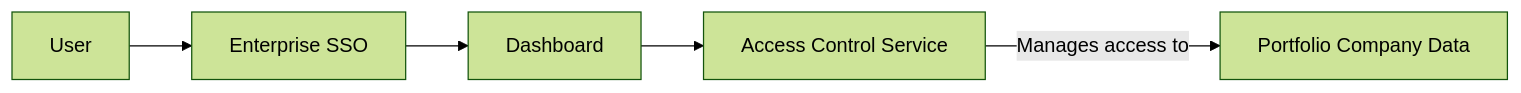
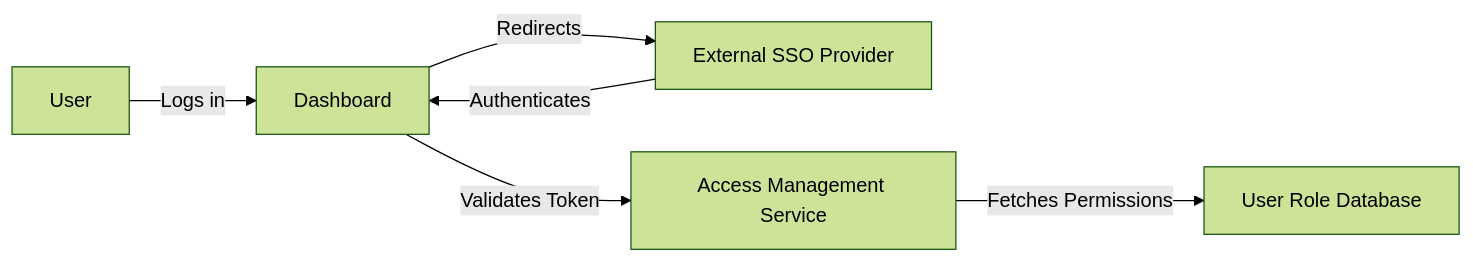
One commit to Davamani-git/APB_Demo changed the diagram in HLD/QE-3970_HLD.md. Above: the diagram before and after it, drawn with Mermaid (forest theme). The commit also changed other lines of this file and 3 other files, not shown here.

````diff
--- a/HLD/QE-3970_HLD.md
+++ b/HLD/QE-3970_HLD.md
@@ -4,12 +4,13 @@
 ```mermaid
 flowchart LR
-    U["User"]
-    SSO["Enterprise SSO"]
-    D["Dashboard"]
-    ACS["Access Control Service"]
-    CD["Portfolio Company Data"]
-    U --> SSO
-    SSO --> D
-    D --> ACS
-    ACS -- Manages access to --> CD
+    A["User"]
+    B["Dashboard"]
+    C["External SSO Provider"]
+    D["Access Management Service"]
+    E["User Role Database"]
+    A -- Logs in --> B
+    B -- Redirects --> C
+    C -- Authenticates --> B
+    B -- Validates Token --> D
+    D -- Fetches Permissions --> E
 ```
````
